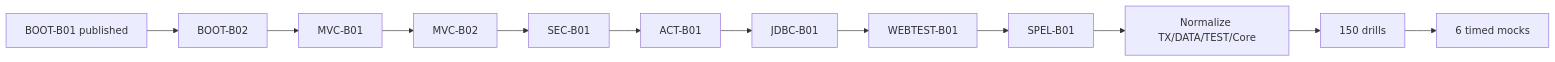
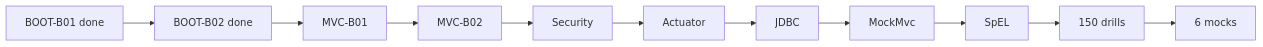
One commit to alimbetov/obsidian changed the second of 2 diagrams in 30_CERTIFICATIONS/Spring/2V0-72.22/Spring 99 Percent Master Roadmap.md. Above: the diagram before and after it, drawn with Mermaid. The commit also changed other lines of this file, not shown here.

Commit message:
docs: record normalized cards and published Boot B02

````diff
--- a/30_CERTIFICATIONS/Spring/2V0-72.22/Spring 99 Percent Master Roadmap.md
+++ b/30_CERTIFICATIONS/Spring/2V0-72.22/Spring 99 Percent Master Roadmap.md
@@ -345,14 +249,13 @@
 ```mermaid
 flowchart LR
-    DONE["BOOT-B01 published"] --> BOOT2["BOOT-B02"]
-    BOOT2 --> MVC1["MVC-B01"]
+    B1["BOOT-B01 done"] --> B2["BOOT-B02 done"]
+    B2 --> MVC1["MVC-B01"]
     MVC1 --> MVC2["MVC-B02"]
-    MVC2 --> SEC["SEC-B01"]
-    SEC --> ACT["ACT-B01"]
-    ACT --> JDBC["JDBC-B01"]
-    JDBC --> WEBTEST["WEBTEST-B01"]
-    WEBTEST --> SPEL["SPEL-B01"]
-    SPEL --> NORMALIZE["Normalize TX/DATA/TEST/Core"]
-    NORMALIZE --> DRILLS["150 drills"]
-    DRILLS --> MOCKS["6 timed mocks"]
+    MVC2 --> SEC["Security"]
+    SEC --> ACT["Actuator"]
+    ACT --> JDBC["JDBC"]
+    JDBC --> WEBTEST["MockMvc"]
+    WEBTEST --> SPEL["SpEL"]
+    SPEL --> DRILLS["150 drills"]
+    DRILLS --> MOCKS["6 mocks"]
 ```
````
